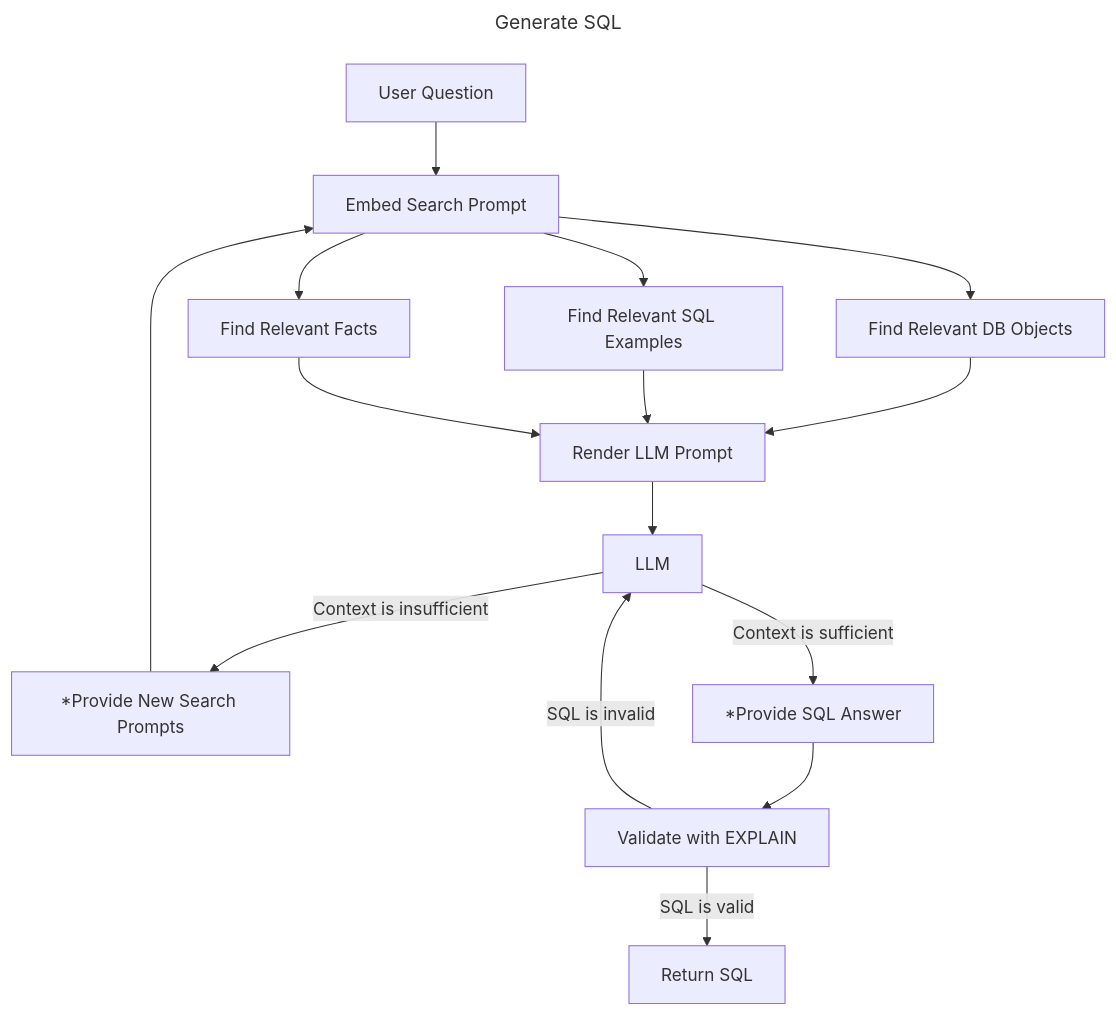
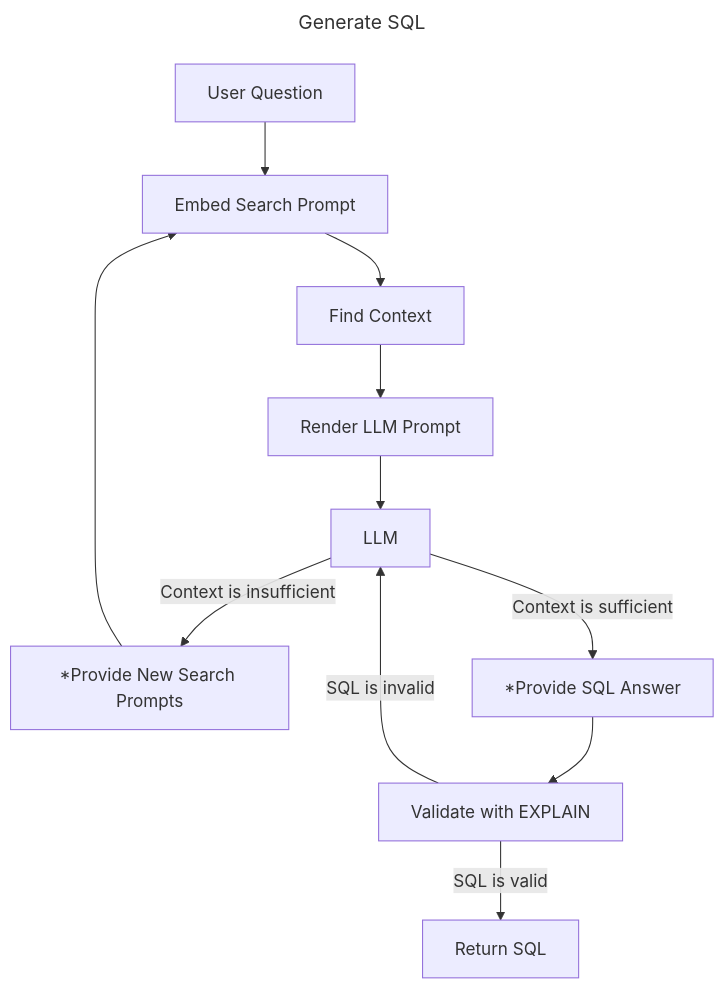
One commit to timescale/pgai changed the diagram in docs/semantic_catalog/README.md. Above: the diagram before and after it, drawn with Mermaid. The commit also changed other lines of this file and 3 other files, not shown here.

````diff
--- a/docs/semantic_catalog/README.md
+++ b/docs/semantic_catalog/README.md
@@ -320,31 +101,25 @@
 ```mermaid
 ---
 title: Generate SQL
 ---
 flowchart TB
   Z[User Question]
   A[Embed Search Prompt]
-  B[Find Relevant DB Objects]
-  C[Find Relevant SQL Examples]
-  D[Find Relevant Facts]
+  B[Find Context]
   E[Render LLM Prompt]
   F[LLM]
   G[*Provide New Search Prompts]
   H[*Provide SQL Answer]
   I[Validate with EXPLAIN]
   J[Return SQL]
   Z-->A
   A-->B
-  A-->C
-  A-->D
   B-->E
-  C-->E
-  D-->E
   E-->F
   F-->|Context is insufficient|G
   G-->A
   F-->|Context is sufficient|H
   H-->I
   I-->|SQL is invalid|F
   I-->|SQL is valid|J
 ```
````
